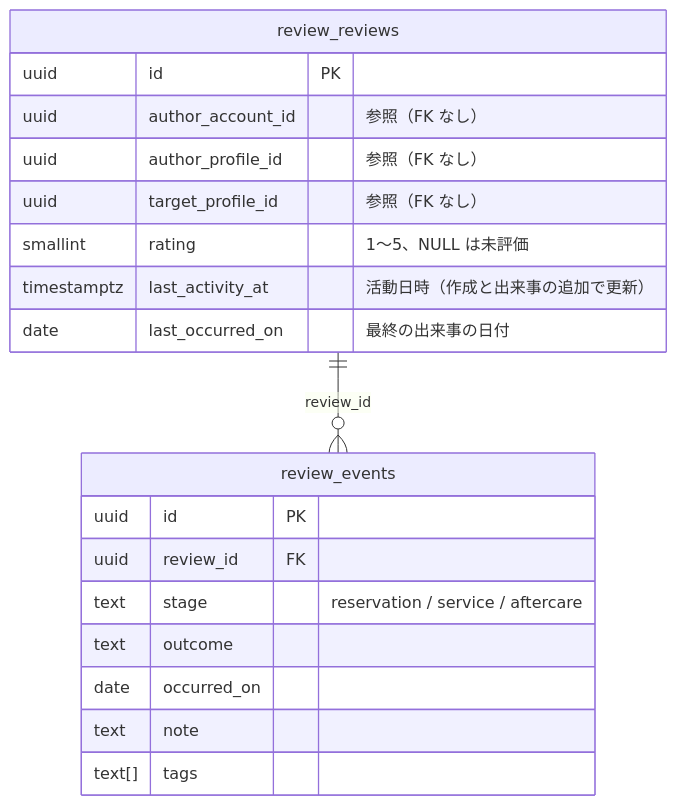
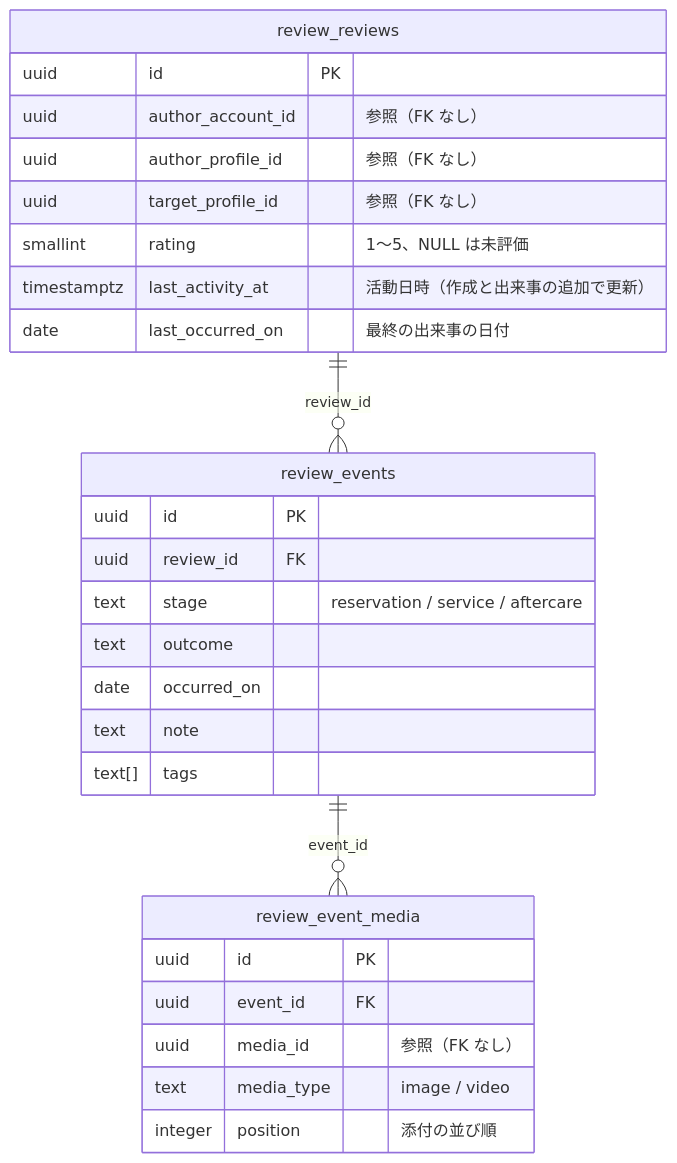
Before and after one commit to panicboat/monorepo: diagram 14 of 15 in dystopia/docs/data-model.md, drawn with Mermaid. The commit also changed other lines of this file and 53 other files, not shown here.

Commit message:
feat(dystopia): attach media to review service events (#1959)

````diff
--- a/dystopia/docs/data-model.md
+++ b/dystopia/docs/data-model.md
@@ -454,22 +454,30 @@
 ```mermaid
 erDiagram
     review_reviews {
         uuid id PK
         uuid author_account_id "参照（FK なし）"
         uuid author_profile_id "参照（FK なし）"
         uuid target_profile_id "参照（FK なし）"
         smallint rating "1〜5、NULL は未評価"
         timestamptz last_activity_at "活動日時（作成と出来事の追加で更新）"
         date last_occurred_on "最終の出来事の日付"
     }
     review_events {
         uuid id PK
         uuid review_id FK
         text stage "reservation / service / aftercare"
         text outcome
         date occurred_on
         text note
         text[] tags
     }
+    review_event_media {
+        uuid id PK
+        uuid event_id FK
+        uuid media_id "参照（FK なし）"
+        text media_type "image / video"
+        integer position "添付の並び順"
+    }
     review_reviews ||--o{ review_events : "review_id"
+    review_events ||--o{ review_event_media : "event_id"
 ```
````
